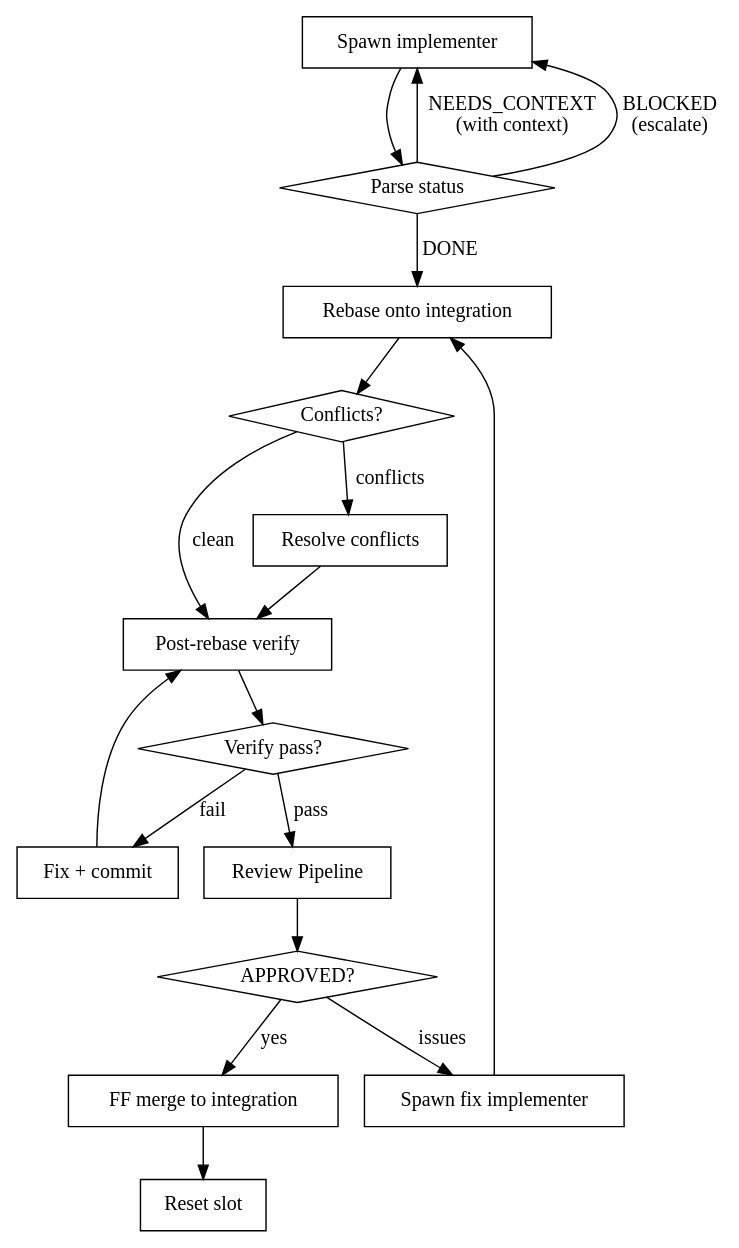
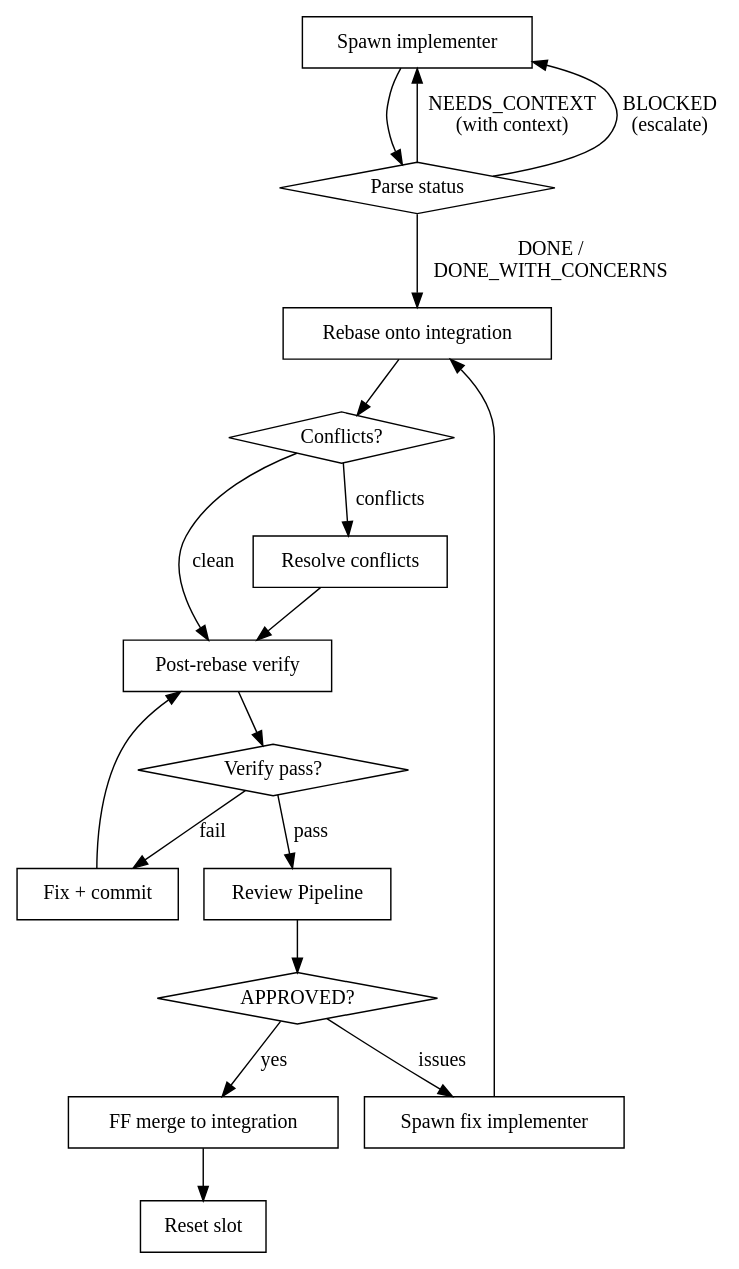
Before and after one commit to peel/peel-orchestrator: the third of 4 diagrams in docs/superpowers/specs/2026-03-26-develop-redesign.md, drawn with Graphviz. The commit also changed other lines of this file, not shown here.

````diff
--- a/docs/superpowers/specs/2026-03-26-develop-redesign.md
+++ b/docs/superpowers/specs/2026-03-26-develop-redesign.md
@@ -293,37 +293,37 @@
 ```dot
 digraph per_bean {
     rankdir=TB;
 
     "Spawn implementer" [shape=box];
     "Parse status" [shape=diamond];
     "Rebase onto integration" [shape=box];
     "Conflicts?" [shape=diamond];
     "Resolve conflicts" [shape=box];
     "Post-rebase verify" [shape=box];
     "Verify pass?" [shape=diamond];
     "Fix + commit" [shape=box];
     "Review Pipeline" [shape=box];
     "APPROVED?" [shape=diamond];
     "Spawn fix implementer" [shape=box];
     "FF merge to integration" [shape=box];
     "Reset slot" [shape=box];
 
     "Spawn implementer" -> "Parse status";
-    "Parse status" -> "Rebase onto integration" [label="DONE"];
+    "Parse status" -> "Rebase onto integration" [label="DONE /\nDONE_WITH_CONCERNS"];
     "Parse status" -> "Spawn implementer" [label="NEEDS_CONTEXT\n(with context)"];
     "Parse status" -> "Spawn implementer" [label="BLOCKED\n(escalate)"];
     "Rebase onto integration" -> "Conflicts?";
     "Conflicts?" -> "Post-rebase verify" [label="clean"];
     "Conflicts?" -> "Resolve conflicts" [label="conflicts"];
     "Resolve conflicts" -> "Post-rebase verify";
     "Post-rebase verify" -> "Verify pass?";
     "Verify pass?" -> "Review Pipeline" [label="pass"];
     "Verify pass?" -> "Fix + commit" [label="fail"];
     "Fix + commit" -> "Post-rebase verify";
     "Review Pipeline" -> "APPROVED?";
     "APPROVED?" -> "FF merge to integration" [label="yes"];
     "APPROVED?" -> "Spawn fix implementer" [label="issues"];
     "Spawn fix implementer" -> "Rebase onto integration";
     "FF merge to integration" -> "Reset slot";
 }
 ```
````
